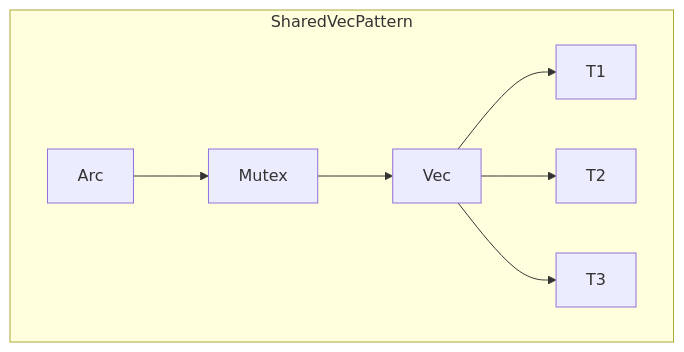
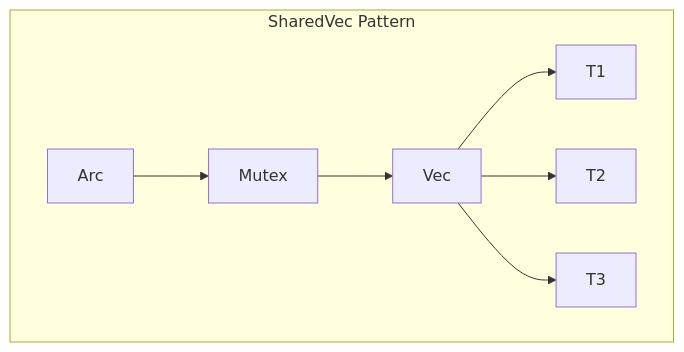
One commit to xmlbuilder/RustTutorial changed the third of 4 diagrams in Chapter-15(SmartPointers_and_MemoryModels)/19-Smart_Pointer_순서.md. Above: the diagram before and after it, drawn with Mermaid. The commit also changed other lines of this file, not shown here.

````diff
--- a/Chapter-15(SmartPointers_and_MemoryModels)/19-Smart_Pointer_순서.md
+++ b/Chapter-15(SmartPointers_and_MemoryModels)/19-Smart_Pointer_순서.md
@@ -213,16 +213,16 @@
 ```mermaid
 graph TD
-  subgraph SharedVecPattern
+  subgraph SharedVec Pattern
     A1[Arc]
     A2[Mutex]
     A3[Vec]
     A4[T1]
     A5[T2]
     A6[T3]
     A1 --> A2
     A2 --> A3
     A3 --> A4
     A3 --> A5
     A3 --> A6
   end
 ```
````
